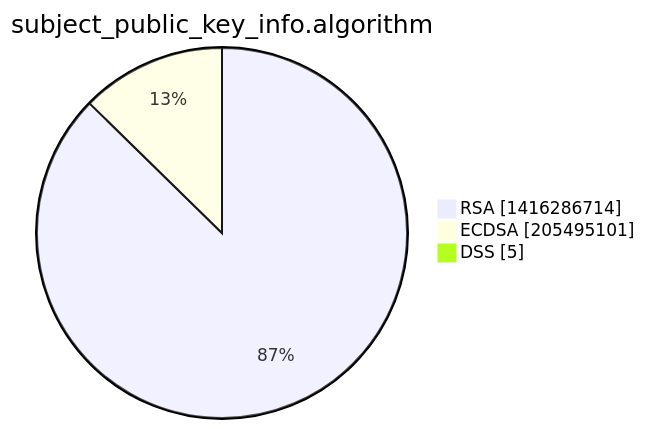
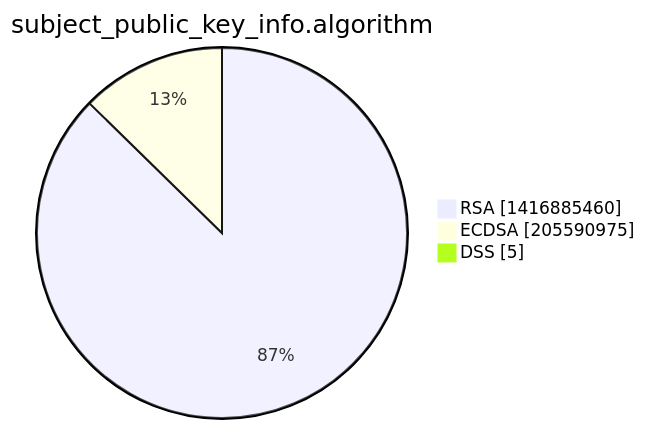
One commit to christiankrug/ctmonitor_visualization changed the third of 15 diagrams in xenon2022/README.md. Above: the diagram before and after it, drawn with Mermaid. The commit also changed other lines of this file, not shown here.

````diff
--- a/xenon2022/README.md
+++ b/xenon2022/README.md
@@ -14,7 +14,7 @@
 ```mermaid
 pie showData
 title subject_public_key_info.algorithm
-"RSA" :1416286714
-"ECDSA" :205495101
+"RSA" :1416885460
+"ECDSA" :205590975
 "DSS" :5
 ```
````
